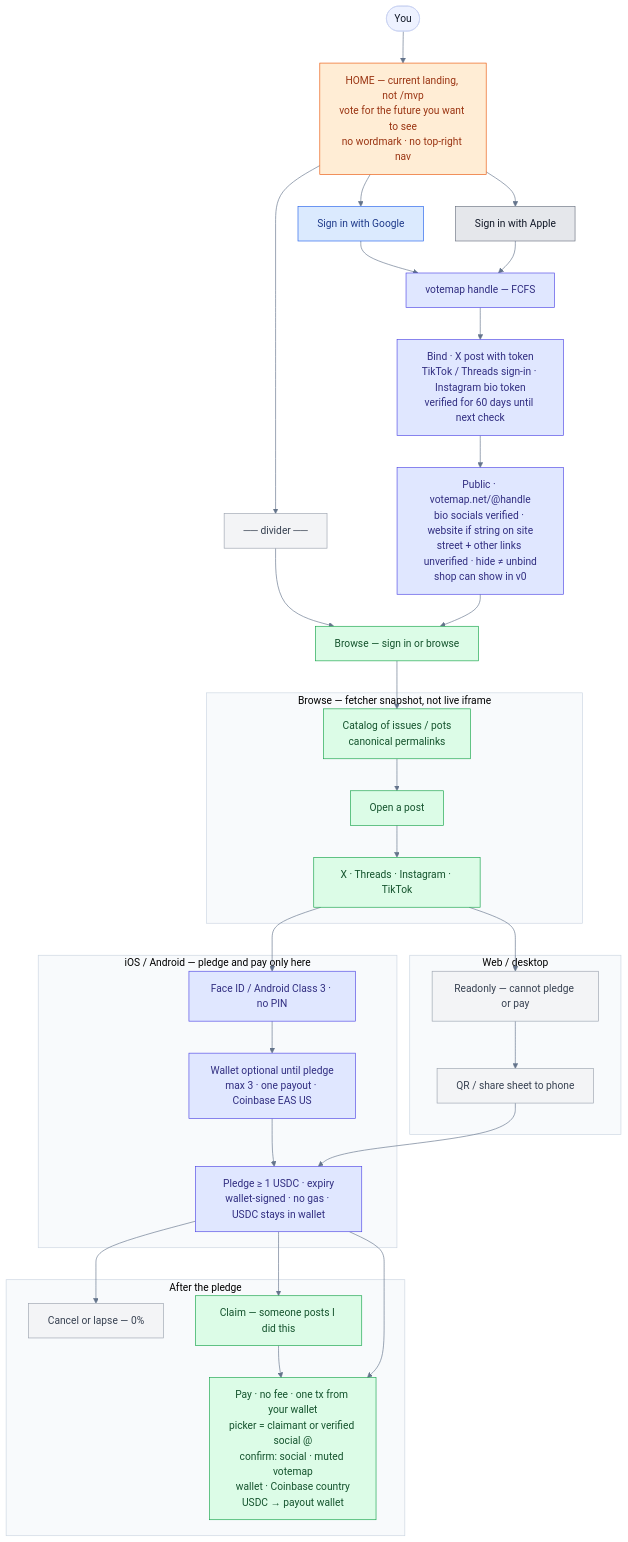
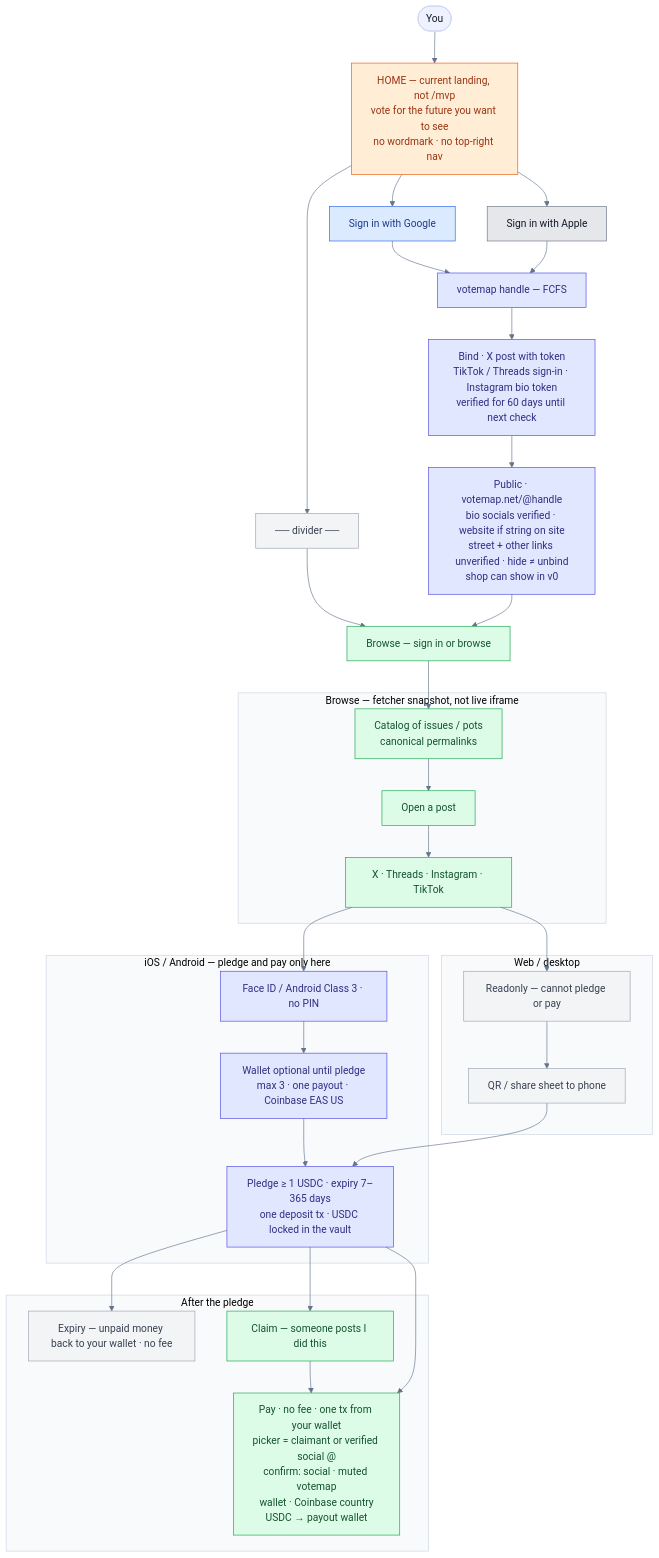
Before and after one commit to isaacy13/votemap.net: the first of 3 diagrams in spec/flows.md, drawn with Mermaid. The commit also changed other lines of this file and 12 other files, not shown here.

First line of the commit message:
spec: pledgers front the money in an immutable PotVault

````diff
--- a/spec/flows.md
+++ b/spec/flows.md
@@ -35,66 +35,66 @@
 ```mermaid
 %%{init: {"theme":"base","themeVariables":{"fontFamily":"Inter, system-ui, sans-serif","primaryColor":"#eef2ff","primaryTextColor":"#111827","lineColor":"#64748b","clusterBkg":"#f8fafc","clusterBorder":"#cbd5e1"}}}%%
 flowchart TB
   You([You]) --> Home
   Home["HOME — current landing, not /mvp<br/>vote for the future you want to see<br/>no wordmark · no top-right nav"]
 
   Home --> Google["Sign in with Google"]
   Home --> Apple["Sign in with Apple"]
   Home --> Divider["── divider ──"]
   Divider --> Browse["Browse — sign in or browse"]
 
   Google --> Handle
   Apple --> Handle["votemap handle — FCFS"]
   Handle --> Bind["Bind · X post with token<br/>TikTok / Threads sign-in · Instagram bio token<br/>verified for 60 days until next check"]
   Bind --> Page["Public · votemap.net/@handle<br/>bio socials verified · website if string on site<br/>street + other links unverified · hide ≠ unbind<br/>shop can show in v0"]
   Page --> Browse
 
   subgraph browsePage ["Browse — fetcher snapshot, not live iframe"]
     Catalog["Catalog of issues / pots<br/>canonical permalinks"]
     OpenPost["Open a post"]
     URLs["X · Threads · Instagram · TikTok"]
     Catalog --> OpenPost --> URLs
   end
   Browse --> Catalog
 
   subgraph webcol ["Web / desktop"]
     Readonly["Readonly — cannot pledge or pay"]
     QR["QR / share sheet to phone"]
     Readonly --> QR
   end
 
   subgraph phonecol ["iOS / Android — pledge and pay only here"]
     Face["Face ID / Android Class 3 · no PIN"]
     Wallet["Wallet optional until pledge<br/>max 3 · one payout · Coinbase EAS US"]
-    Pledge["Pledge ≥ 1 USDC · expiry<br/>wallet-signed · no gas · USDC stays in wallet"]
+    Pledge["Pledge ≥ 1 USDC · expiry 7–365 days<br/>one deposit tx · USDC locked in the vault"]
     Face --> Wallet --> Pledge
   end
 
   URLs --> Readonly
   URLs --> Face
   QR --> Pledge
 
   subgraph after ["After the pledge"]
-    Cancel["Cancel or lapse — 0%"]
+    Cancel["Expiry — unpaid money back to your wallet · no fee"]
     Claim["Claim — someone posts I did this"]
     Pay["Pay · no fee · one tx from your wallet<br/>picker = claimant or verified social @<br/>confirm: social · muted votemap<br/>wallet · Coinbase country<br/>USDC → payout wallet"]
   end
 
   Pledge --> Cancel
   Pledge --> Claim --> Pay
   Pledge --> Pay
 
   classDef home fill:#ffedd5,stroke:#ea580c,color:#9a3412
   classDef google fill:#dbeafe,stroke:#2563eb,color:#1e3a8a
   classDef apple fill:#e5e7eb,stroke:#6b7280,color:#111827
   classDef ok fill:#dcfce7,stroke:#16a34a,color:#14532d
   classDef info fill:#e0e7ff,stroke:#4f46e5,color:#312e81
   classDef grey fill:#f3f4f6,stroke:#9ca3af,color:#374151
   classDef warn fill:#fee2e2,stroke:#dc2626,color:#7f1d1d
   class Home home
   class Google google
   class Apple apple
   class Handle,Bind,Page,Face,Wallet,Pledge info
   class Browse,Catalog,OpenPost,URLs,Claim,Pay ok
   class Readonly,QR,Divider,Cancel grey
 ```
````
